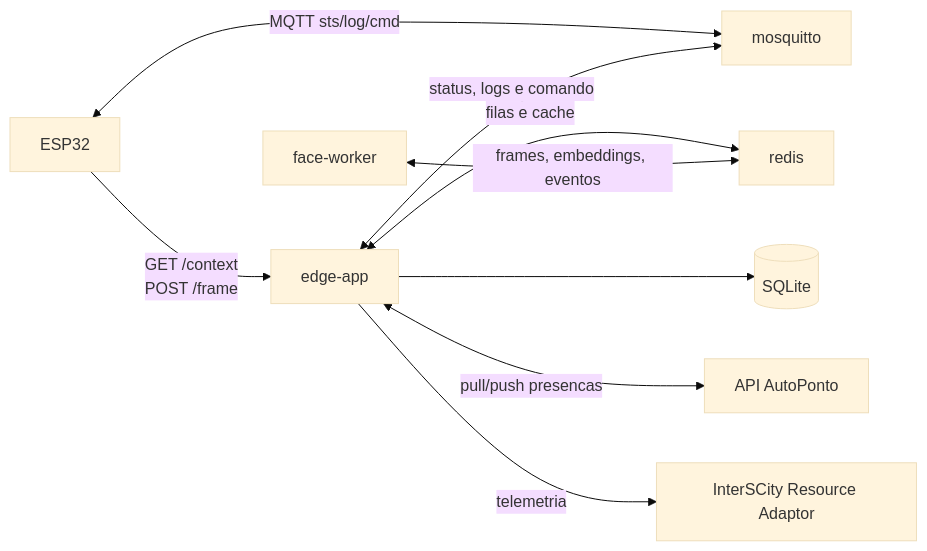
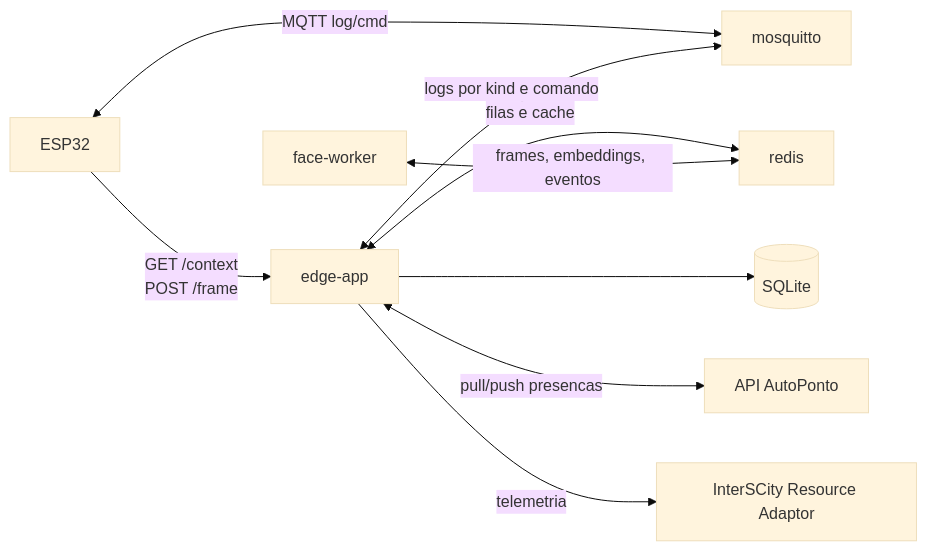
The first of 5 diagrams in README.md (DanielKGM/autoponto-edgenode), drawn with Mermaid (base theme) before and after one commit. The commit also changed other lines of this file and 6 other files, not shown here.

````diff
--- a/README.md
+++ b/README.md
@@ -21,11 +21,11 @@
 ```mermaid
 flowchart LR
   ESP32[ESP32] -->|GET /context<br/>POST /frame| EdgeApp[edge-app]
-  ESP32 <-->|MQTT sts/log/cmd| Mosquitto[mosquitto]
-  EdgeApp <-->|status, logs e comando| Mosquitto
+  ESP32 <-->|MQTT log/cmd| Mosquitto[mosquitto]
+  EdgeApp <-->|logs por kind e comando| Mosquitto
   EdgeApp <-->|filas e cache| Redis[redis]
   FaceWorker[face-worker] <-->|frames, embeddings, eventos| Redis
   EdgeApp --> SQLite[(SQLite)]
   EdgeApp <-->|pull/push presencas| AutoPonto[API AutoPonto]
   EdgeApp -->|telemetria| InterSCity[InterSCity Resource Adaptor]
 ```
````
